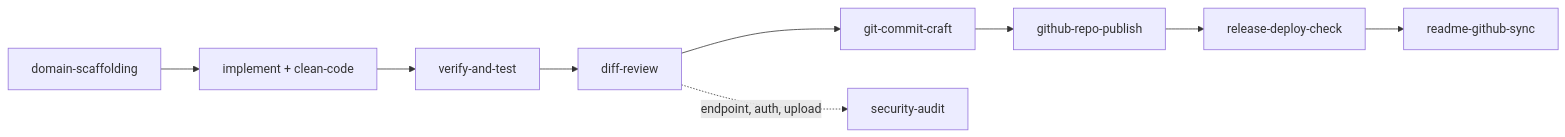
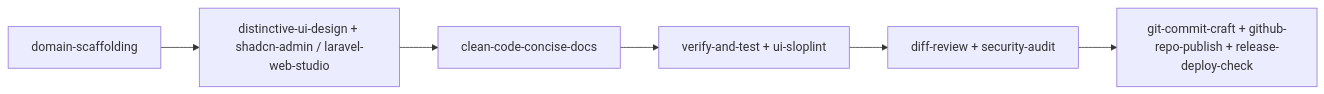
The first of 2 diagrams in skills/README.md (pranataa-labs/Workflow-Master), drawn with Mermaid before and after one commit. The commit also changed other lines of this file and 27 other files, not shown here.

First line of the commit message:
feat(skills): add distinctive-ui-design, ML, data science, data analysis, and report writer skills

````diff
--- a/skills/README.md
+++ b/skills/README.md
@@ -23,5 +33,8 @@
 ```mermaid
 flowchart LR
-  A["domain-scaffolding"] --> B["implement + clean-code"] --> C["verify-and-test"] --> D["diff-review"] --> E["git-commit-craft"] --> F["github-repo-publish"] --> G["release-deploy-check"] --> H["readme-github-sync"]
-  D -. "endpoint, auth, upload" .-> S["security-audit"]
+  A["domain-scaffolding"] --> B["distinctive-ui-design + shadcn-admin / laravel-web-studio"]
+  B --> C["clean-code-concise-docs"]
+  C --> D["verify-and-test + ui-sloplint"]
+  D --> E["diff-review + security-audit"]
+  E --> F["git-commit-craft + github-repo-publish + release-deploy-check"]
 ```
````
